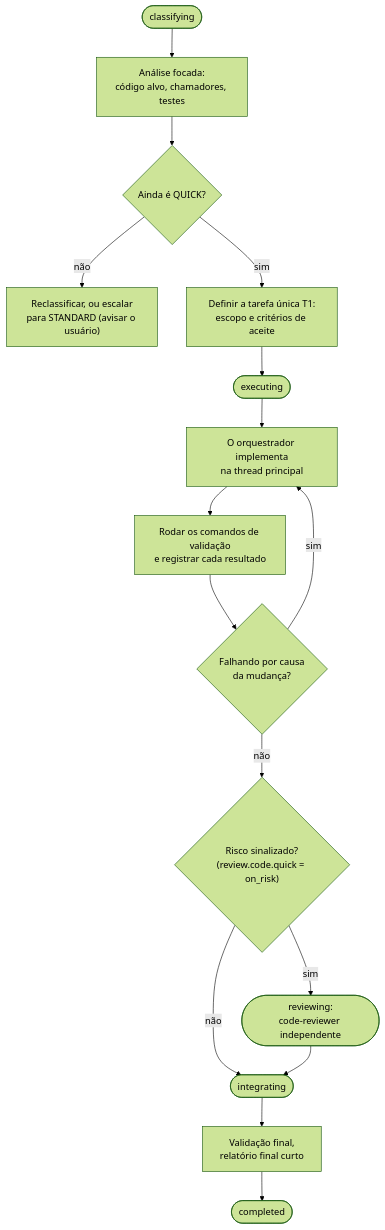
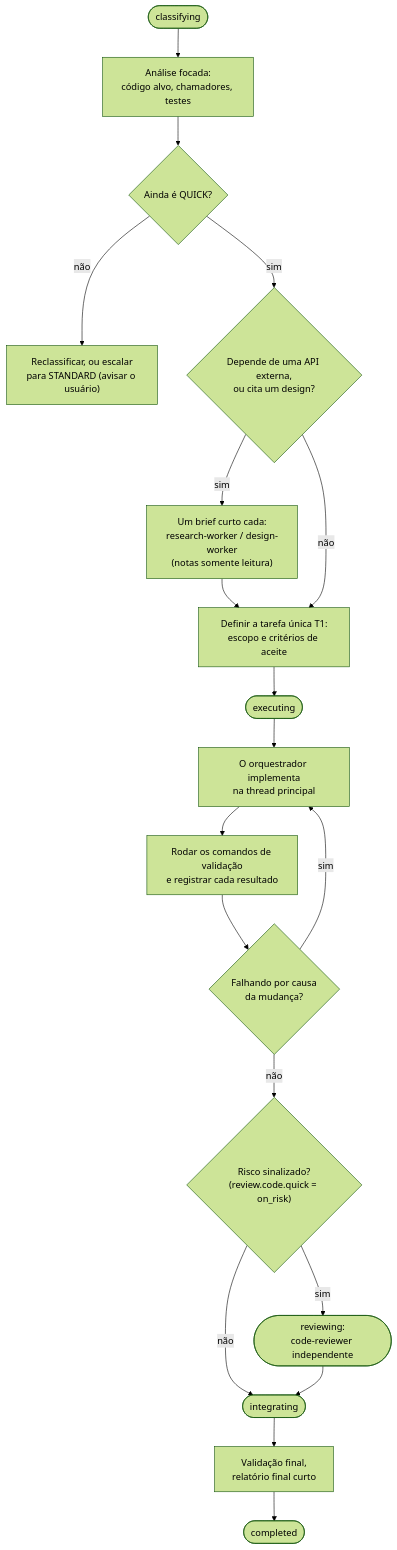
One commit to leoarkiteto/ai-software-factory-kit changed the second of 6 diagrams in docs/guide/workflows.pt-br.md. Above: the diagram before and after it, drawn with Mermaid (forest theme). The commit also changed other lines of this file and 17 other files, not shown here.

First line of the commit message:
Show the research and design workers in the diagrams

````diff
--- a/docs/guide/workflows.pt-br.md
+++ b/docs/guide/workflows.pt-br.md
@@ -36,18 +36,21 @@
 ```mermaid
 flowchart TD
     S(["classifying"]) --> A["Análise focada:<br/>código alvo, chamadores, testes"]
     A --> B{"Ainda é QUICK?"}
     B -- não --> ESC["Reclassificar, ou escalar<br/>para STANDARD (avisar o usuário)"]
-    B -- sim --> T["Definir a tarefa única T1:<br/>escopo e critérios de aceite"]
+    B -- sim --> RQ{"Depende de uma API externa,<br/>ou cita um design?"}
+    RQ -- sim --> RB["Um brief curto cada:<br/>research-worker / design-worker<br/>(notas somente leitura)"]
+    RB --> T
+    RQ -- não --> T["Definir a tarefa única T1:<br/>escopo e critérios de aceite"]
     T --> X(["executing"])
     X --> I["O orquestrador implementa<br/>na thread principal"]
     I --> V["Rodar os comandos de validação<br/>e registrar cada resultado"]
     V --> F{"Falhando por causa<br/>da mudança?"}
     F -- sim --> I
     F -- não --> R{"Risco sinalizado?<br/>(review.code.quick = on_risk)"}
     R -- sim --> RV(["reviewing:<br/>code-reviewer independente"])
     R -- não --> IN(["integrating"])
     RV --> IN
     IN --> FIN["Validação final,<br/>relatório final curto"]
     FIN --> C(["completed"])
 ```
````
